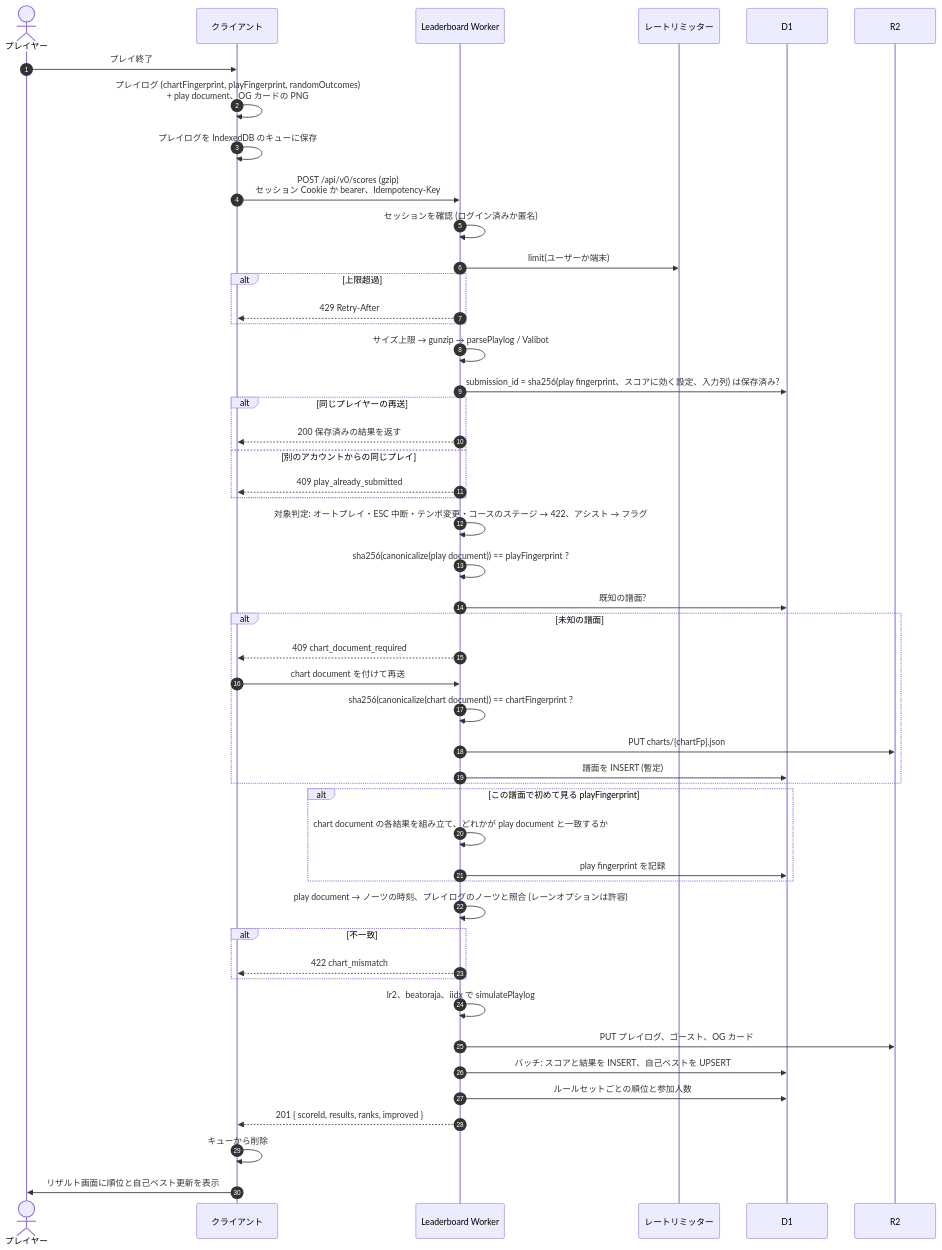
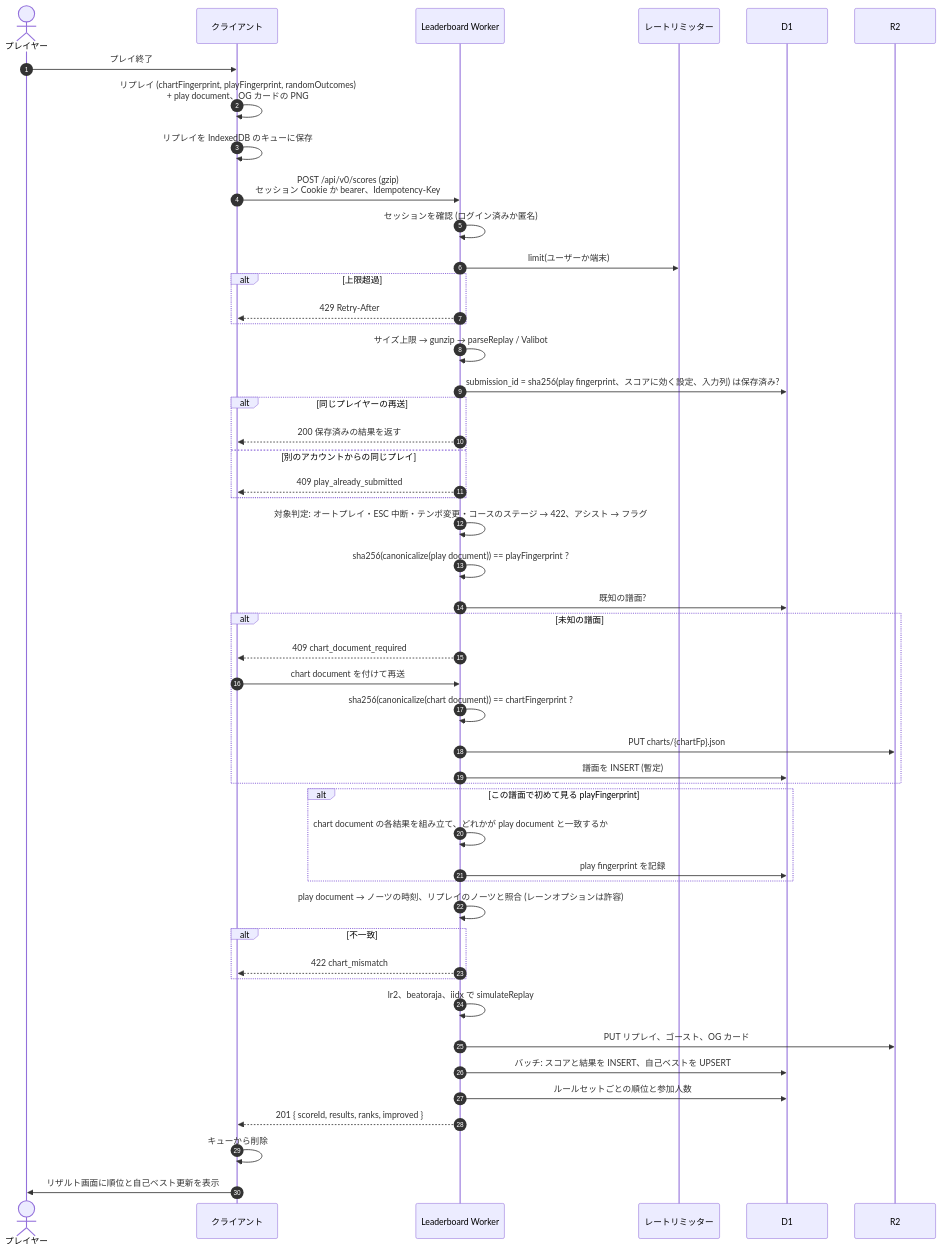
The second of 4 diagrams in docs/leaderboard.ja.md (nulltask/be-music), drawn with Mermaid before and after one commit. The commit also changed other lines of this file and 603 other files, not shown here.

Commit message:
refactor: align chart, replay, and judgment terminology

````diff
--- a/docs/leaderboard.ja.md
+++ b/docs/leaderboard.ja.md
@@ -130,52 +130,52 @@
 ```mermaid
 sequenceDiagram
     autonumber
     actor P as プレイヤー
     participant C as クライアント
     participant A as Leaderboard Worker
     participant RL as レートリミッター
     participant D as D1
     participant R as R2
 
     P->>C: プレイ終了
-    C->>C: プレイログ (chartFingerprint, playFingerprint, randomOutcomes)<br/>+ play document、OG カードの PNG
-    C->>C: プレイログを IndexedDB のキューに保存
+    C->>C: リプレイ (chartFingerprint, playFingerprint, randomOutcomes)<br/>+ play document、OG カードの PNG
+    C->>C: リプレイを IndexedDB のキューに保存
     C->>A: POST /api/v0/scores (gzip)<br/>セッション Cookie か bearer、Idempotency-Key
     A->>A: セッションを確認 (ログイン済みか匿名)
     A->>RL: limit(ユーザーか端末)
     alt 上限超過
         A-->>C: 429 Retry-After
     end
-    A->>A: サイズ上限 → gunzip → parsePlaylog / Valibot
+    A->>A: サイズ上限 → gunzip → parseReplay / Valibot
     A->>D: submission_id = sha256(play fingerprint、スコアに効く設定、入力列) は保存済み?
     alt 同じプレイヤーの再送
         A-->>C: 200 保存済みの結果を返す
     else 別のアカウントからの同じプレイ
         A-->>C: 409 play_already_submitted
     end
     A->>A: 対象判定: オートプレイ・ESC 中断・テンポ変更・コースのステージ → 422、アシスト → フラグ
     A->>A: sha256(canonicalize(play document)) == playFingerprint ?
     A->>D: 既知の譜面?
     alt 未知の譜面
         A-->>C: 409 chart_document_required
         C->>A: chart document を付けて再送
         A->>A: sha256(canonicalize(chart document)) == chartFingerprint ?
         A->>R: PUT charts/{chartFp}.json
         A->>D: 譜面を INSERT (暫定)
     end
     alt この譜面で初めて見る playFingerprint
         A->>A: chart document の各結果を組み立て、どれかが play document と一致するか
         A->>D: play fingerprint を記録
     end
-    A->>A: play document → ノーツの時刻、プレイログのノーツと照合 (レーンオプションは許容)
+    A->>A: play document → ノーツの時刻、リプレイのノーツと照合 (レーンオプションは許容)
     alt 不一致
         A-->>C: 422 chart_mismatch
     end
-    A->>A: lr2、beatoraja、iidx で simulatePlaylog
-    A->>R: PUT プレイログ、ゴースト、OG カード
+    A->>A: lr2、beatoraja、iidx で simulateReplay
+    A->>R: PUT リプレイ、ゴースト、OG カード
     A->>D: バッチ: スコアと結果を INSERT、自己ベストを UPSERT
     A->>D: ルールセットごとの順位と参加人数
     A-->>C: 201 { scoreId, results, ranks, improved }
     C->>C: キューから削除
     C->>P: リザルト画面に順位と自己ベスト更新を表示
 ```
````
